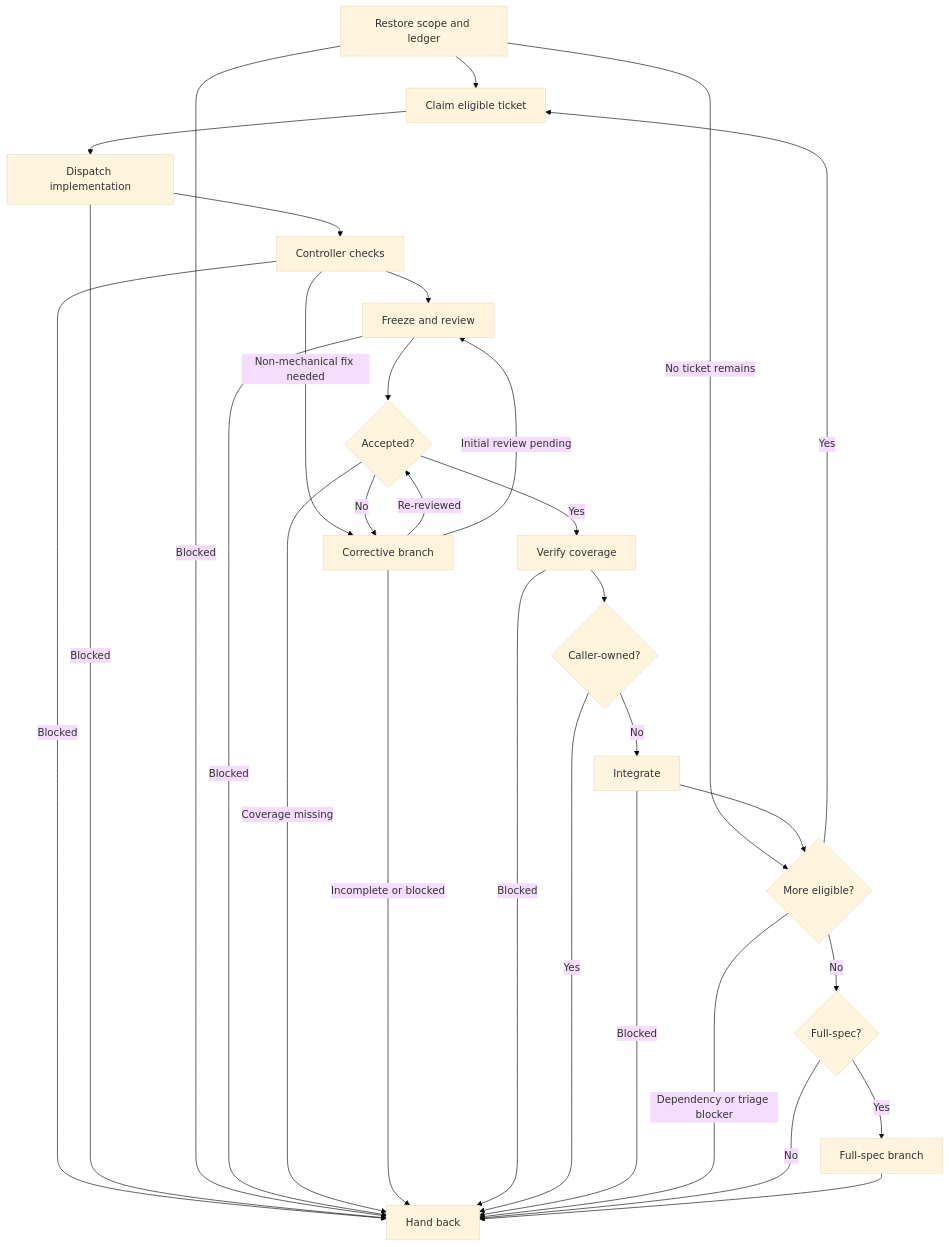
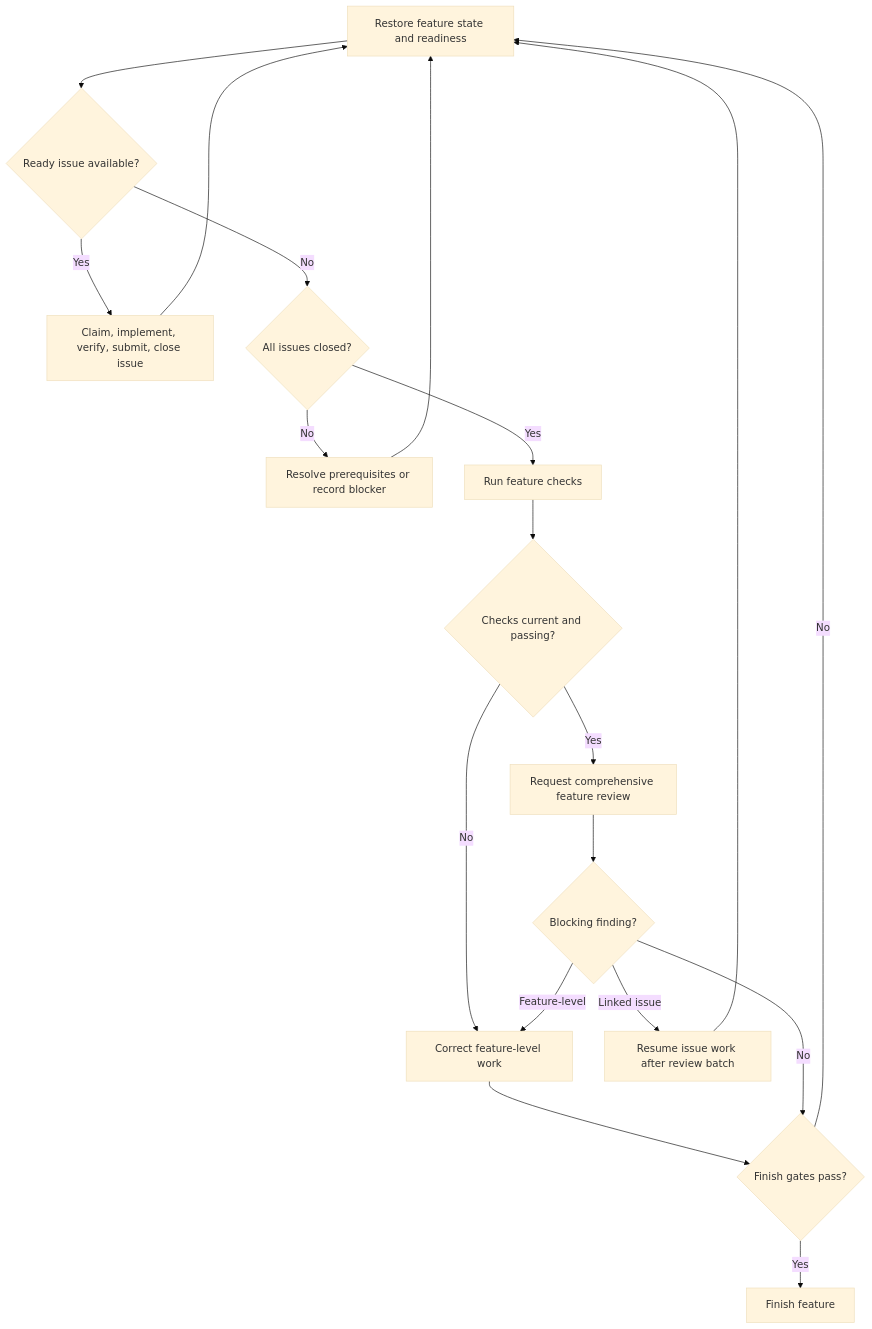
The diagram in src/Assets/Blueprints/skills/int-subagent-driven-dev/SKILL.md (UseTheFork/spindle), drawn with Mermaid (base theme) before and after one commit. The commit also changed other lines of this file and 53 other files, not shown here.

Commit message:
refactor: update issue handling and delivery checks for better clarity

````diff
--- a/src/Assets/Blueprints/skills/int-subagent-driven-dev/SKILL.md
+++ b/src/Assets/Blueprints/skills/int-subagent-driven-dev/SKILL.md
@@ -33,32 +20,21 @@
 ```mermaid
 flowchart TD
-    A[Restore scope and ledger] --> B[Claim eligible ticket]
-    A -- No ticket remains --> K
-    B --> C[Dispatch implementation]
-    C --> D[Controller checks]
-    D --> E[Freeze and review]
-    D -- Non-mechanical fix needed --> G
-    D -- Blocked --> Q
-    C -- Blocked --> Q
-    A -- Blocked --> Q
-    E --> F{Accepted?}
-    E -- Blocked --> Q
-    F -- No --> G[Corrective branch]
-    F -- Coverage missing --> Q
-    G -- Re-reviewed --> F
-    G -- Initial review pending --> E
-    G -- Incomplete or blocked --> Q
-    F -- Yes --> H[Verify coverage]
-    H --> I{Caller-owned?}
-    H -- Blocked --> Q
-    I -- Yes --> Q[Hand back]
-    I -- No --> J[Integrate]
-    J --> K{More eligible?}
-    J -- Blocked --> Q
-    K -- Yes --> B
-    K -- No --> L{Full-spec?}
-    K -- Dependency or triage blocker --> Q
-    L -- Yes --> M[Full-spec branch]
-    L -- No --> Q
-    M --> Q
+    A[Restore feature state and readiness] --> B{Ready issue available?}
+    B -- Yes --> C[Claim, implement, verify, submit, close issue]
+    C --> A
+    B -- No --> D{All issues closed?}
+    D -- No --> E[Resolve prerequisites or record blocker]
+    E --> A
+    D -- Yes --> F[Run feature checks]
+    F --> G{Checks current and passing?}
+    G -- No --> K[Correct feature-level work]
+    G -- Yes --> H[Request comprehensive feature review]
+    H --> I{Blocking finding?}
+    I -- Linked issue --> J[Resume issue work after review batch]
+    J --> A
+    I -- Feature-level --> K
+    K --> L
+    I -- No --> L{Finish gates pass?}
+    L -- No --> A
+    L -- Yes --> M[Finish feature]
 ```
````
